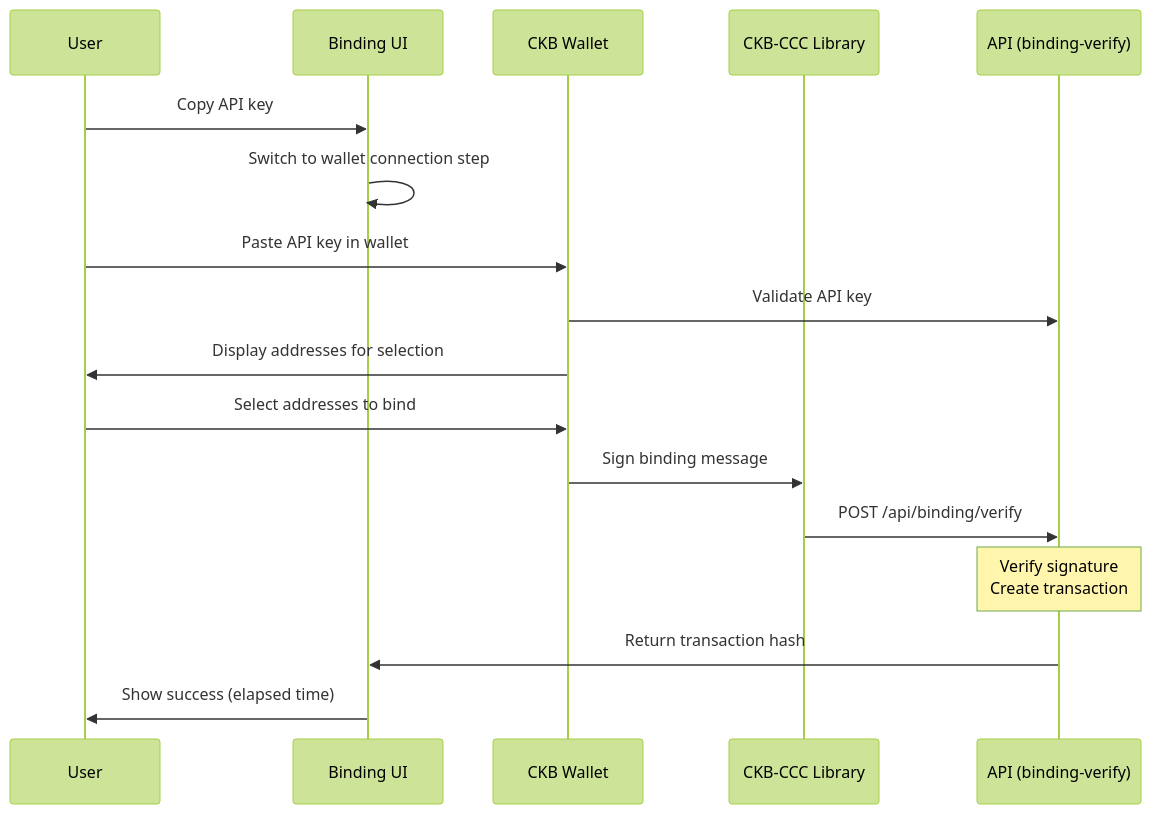
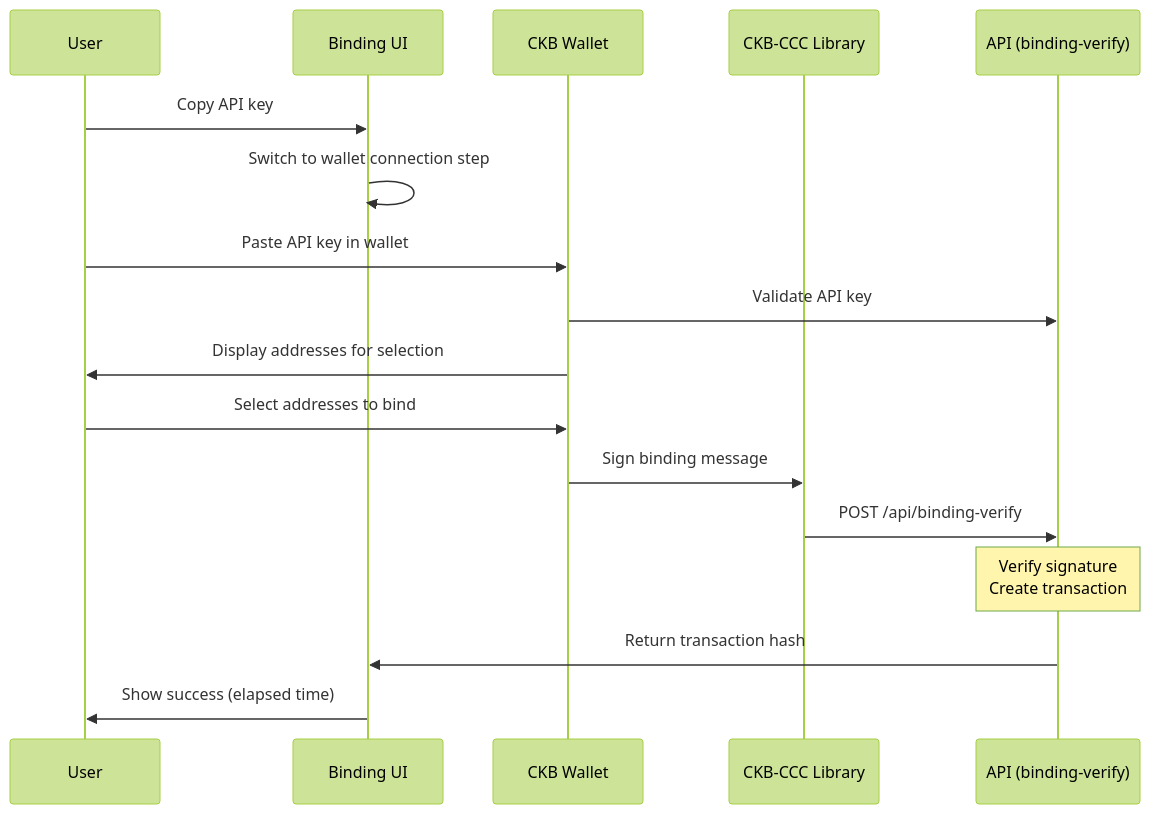
Before and after one commit to Alive24/ckb-dao-portal-v2: the third of 5 diagrams in docs/address-binding-protocol-Workflow.md, drawn with Mermaid (forest theme). The commit also changed other lines of this file and 22 other files, not shown here.

````diff
--- a/docs/address-binding-protocol-Workflow.md
+++ b/docs/address-binding-protocol-Workflow.md
@@ -99,20 +102,20 @@
 ```mermaid
 sequenceDiagram
     participant User
     participant UI as Binding UI
     participant Wallet as CKB Wallet
     participant CCC as CKB-CCC Library
     participant API as API (binding-verify)
-    
+
     User->>UI: Copy API key
     UI->>UI: Switch to wallet connection step
     User->>Wallet: Paste API key in wallet
     Wallet->>API: Validate API key
     Wallet->>User: Display addresses for selection
     User->>Wallet: Select addresses to bind
     Wallet->>CCC: Sign binding message
-    CCC->>API: POST /api/binding/verify
+    CCC->>API: POST /api/binding-verify
     Note over API: Verify signature<br/>Create transaction
     API->>UI: Return transaction hash
     UI->>User: Show success (elapsed time)
 ```
````
